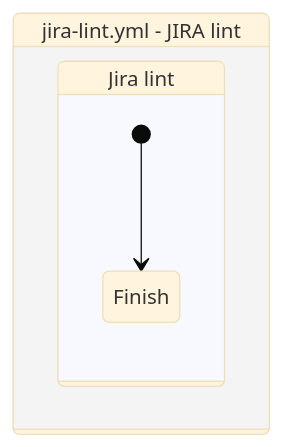
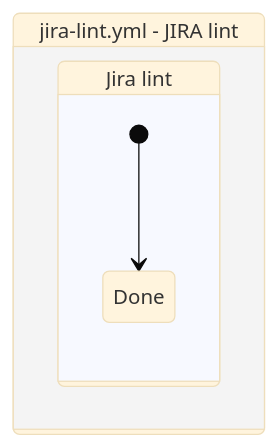
The diagram in docs/github-actions/tyk-analytics-ui/jira-lint.yml.md (TykTechnologies/exp), drawn with Mermaid (base theme) before and after one commit. The commit also changed 7 other files, not shown here.

````diff
--- a/docs/github-actions/tyk-analytics-ui/jira-lint.yml.md
+++ b/docs/github-actions/tyk-analytics-ui/jira-lint.yml.md
@@ -3,10 +3,11 @@
 ```mermaid
 stateDiagram-v2
     workflow : jira-lint.yml - JIRA lint
     state workflow {
         jira_lint: Jira lint
         state jira_lint {
-            [*] --> Finish
+            jira_lint_finish: Done
+            [*] --> jira_lint_finish
         }
     }
 ```
````
